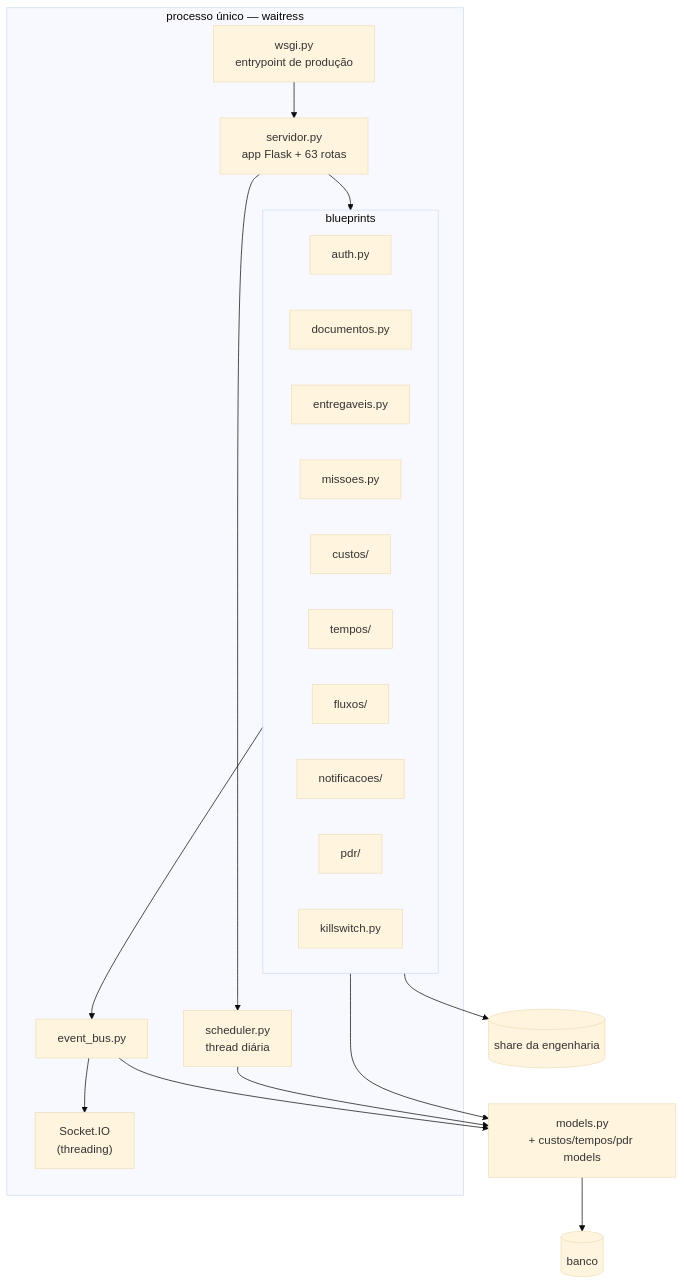
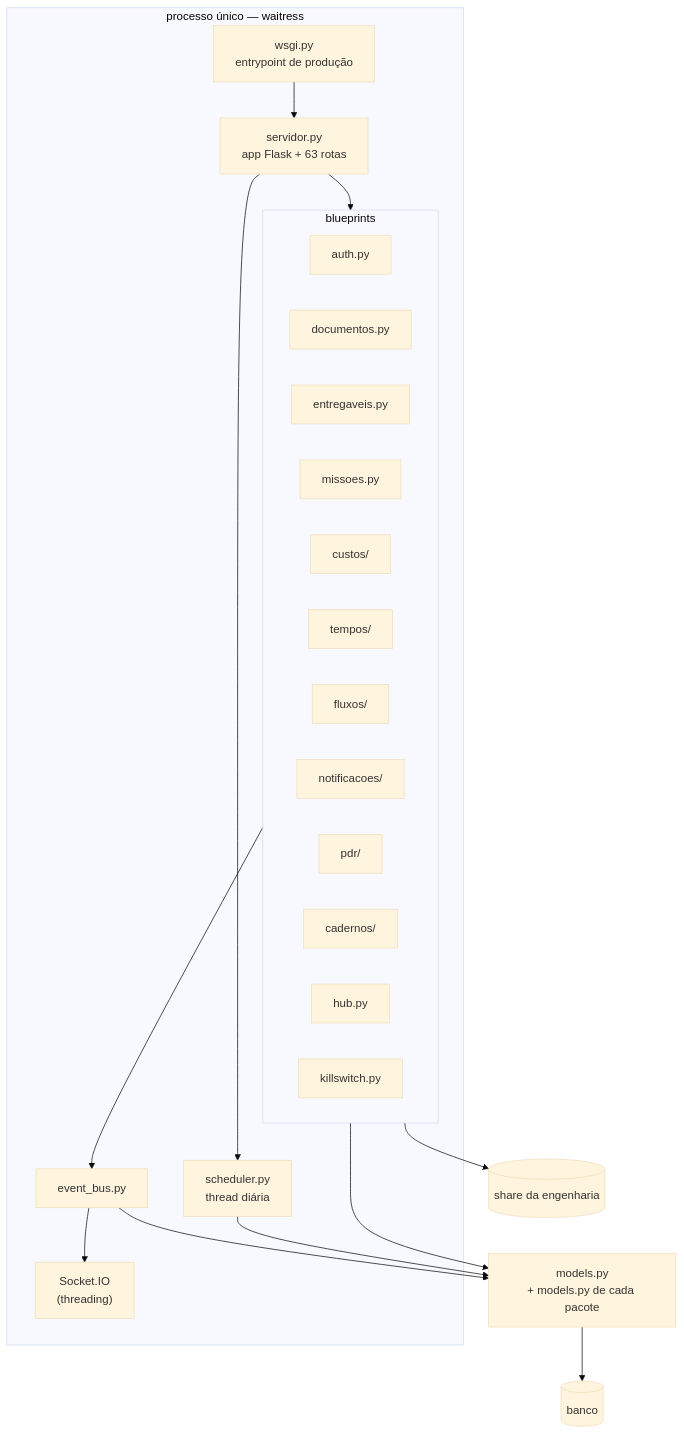
Before and after one commit to Melkbonfa/doctrack: the second of 3 diagrams in docs/arquitetura/VISAO_GERAL.md, drawn with Mermaid (base theme). The commit also changed other lines of this file and 47 other files, not shown here.

````diff
--- a/docs/arquitetura/VISAO_GERAL.md
+++ b/docs/arquitetura/VISAO_GERAL.md
@@ -53,33 +55,35 @@
 ```mermaid
 flowchart TB
     subgraph proc["processo único — waitress"]
         WS["wsgi.py<br/>entrypoint de produção"]
         APP["servidor.py<br/>app Flask + 63 rotas"]
         subgraph bps["blueprints"]
             AU["auth.py"]
             DOC["documentos.py"]
             ENT["entregaveis.py"]
             MIS["missoes.py"]
             CUS["custos/"]
             TEM["tempos/"]
             FLX["fluxos/"]
             NOT["notificacoes/"]
             PDR["pdr/"]
+            CAD["cadernos/"]
+            HUB["hub.py"]
             KS["killswitch.py"]
         end
         EB["event_bus.py"]
         SIO["Socket.IO<br/>(threading)"]
         SCH["scheduler.py<br/>thread diária"]
     end
 
-    MOD["models.py<br/>+ custos/tempos/pdr models"]
+    MOD["models.py<br/>+ models.py de cada pacote"]
     DB[("banco")]
     FS[("share da engenharia")]
 
     WS --> APP --> bps
     bps --> EB --> SIO
     bps --> MOD --> DB
     EB --> MOD
     APP --> SCH --> MOD
     bps --> FS
 ```
````
